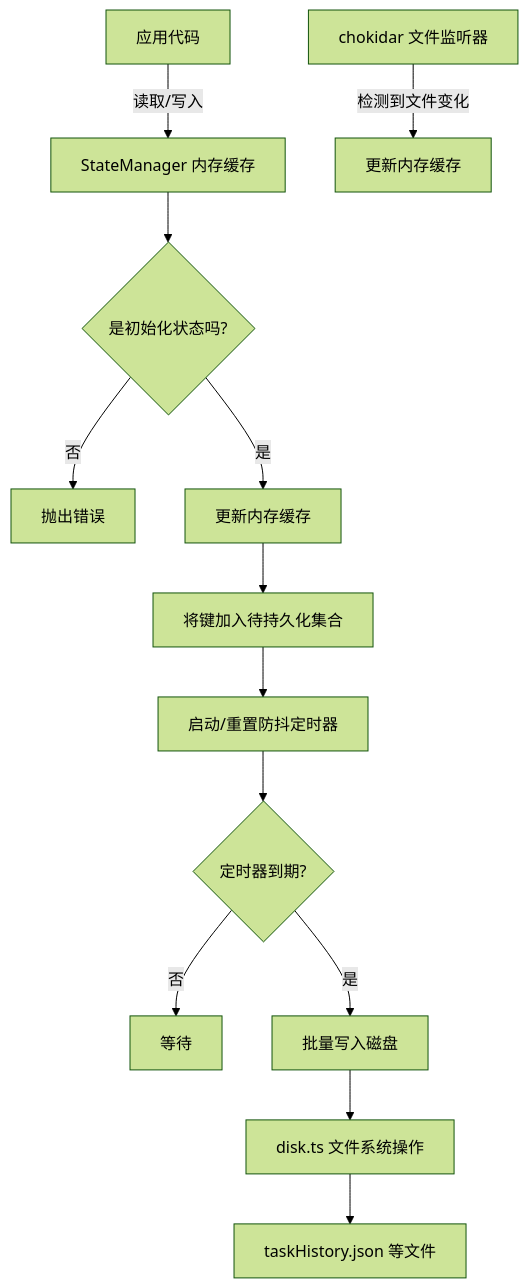
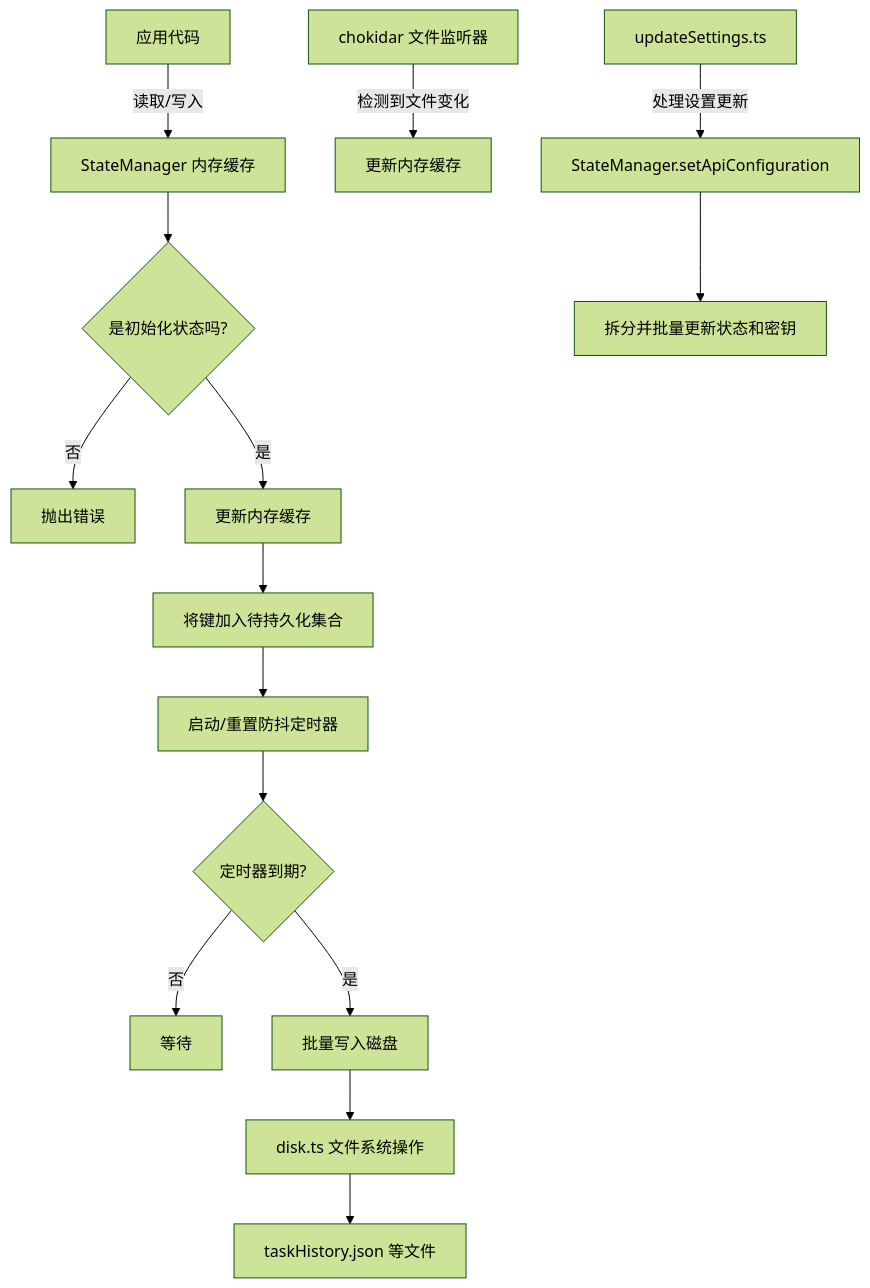
Before and after one commit to fix-echo/cline: the diagram in .qoder/repowiki/zh/content/数据模型.md, drawn with Mermaid (forest theme). The commit also changed other lines of this file and 17 other files, not shown here.

````diff
--- a/.qoder/repowiki/zh/content/数据模型.md
+++ b/.qoder/repowiki/zh/content/数据模型.md
@@ -170,15 +183,17 @@
 ```mermaid
 flowchart TD
 A[应用代码] --> |读取/写入| B[StateManager 内存缓存]
 B --> C{是初始化状态吗?}
 C --> |否| D[抛出错误]
 C --> |是| E[更新内存缓存]
 E --> F[将键加入待持久化集合]
 F --> G[启动/重置防抖定时器]
 G --> H{定时器到期?}
 H --> |否| I[等待]
 H --> |是| J[批量写入磁盘]
 J --> K[disk.ts 文件系统操作]
 K --> L[taskHistory.json 等文件]
 M[chokidar 文件监听器] --> |检测到文件变化| N[更新内存缓存]
+O[updateSettings.ts] --> |处理设置更新| P[StateManager.setApiConfiguration]
+P --> Q[拆分并批量更新状态和密钥]
 ```
````
